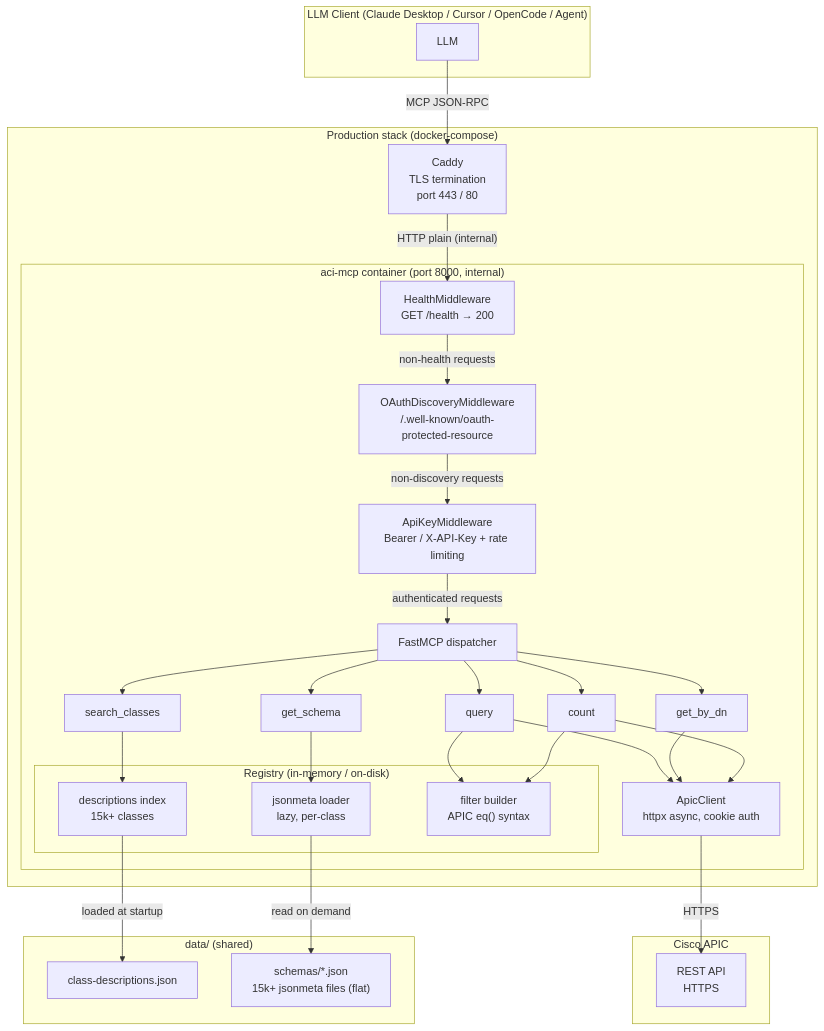
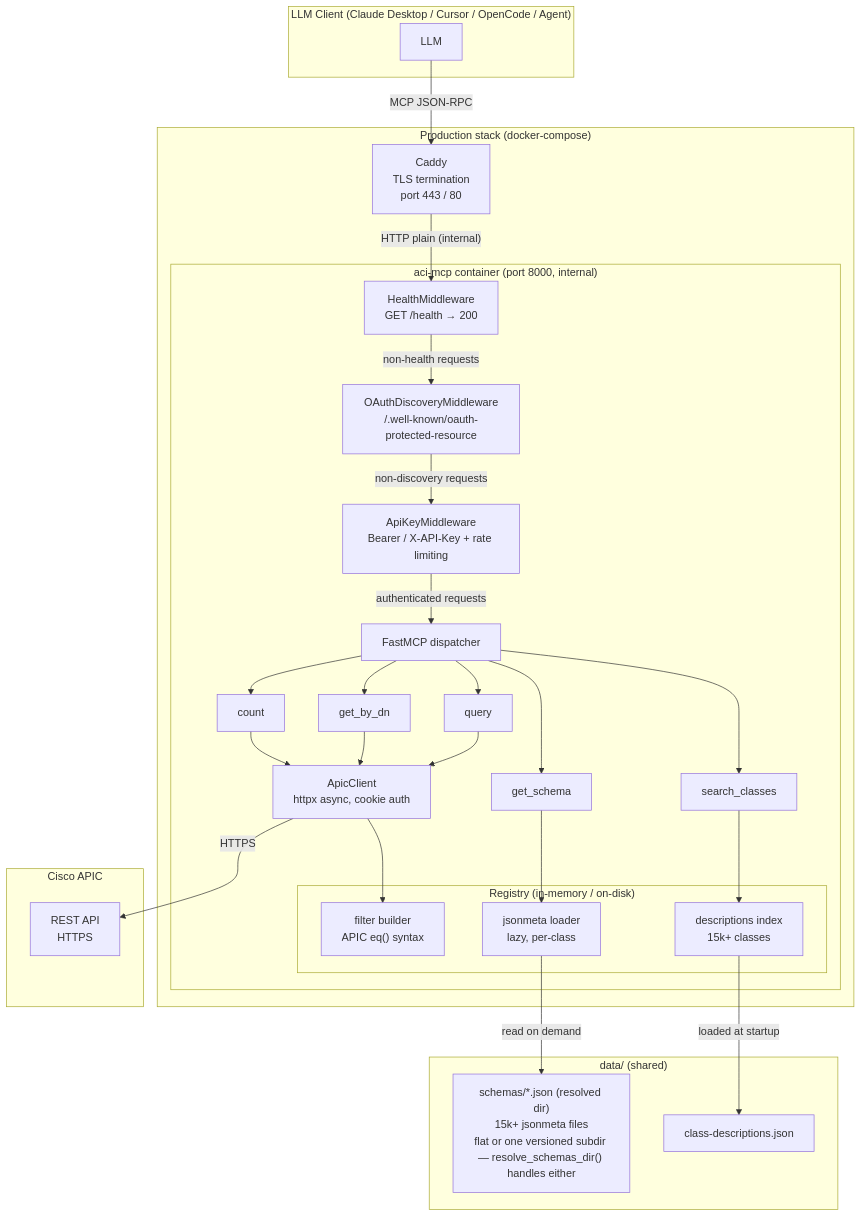
The second of 3 diagrams in docs/architecture/overview.md (k3l0-dev/aci-mcp), drawn with Mermaid before and after one commit. The commit also changed other lines of this file and 5 other files, not shown here.

First line of the commit message:
docs: fix broken dev-setup command and remaining architecture diagram errors

````diff
--- a/docs/architecture/overview.md
+++ b/docs/architecture/overview.md
@@ -36,57 +36,56 @@
 ```mermaid
 graph TB
     subgraph client["LLM Client (Claude Desktop / Cursor / OpenCode / Agent)"]
         llm["LLM"]
     end
 
     subgraph prod["Production stack (docker-compose)"]
         caddy["Caddy\nTLS termination\nport 443 / 80"]
         subgraph mcp_server["aci-mcp container (port 8000, internal)"]
             health["HealthMiddleware\nGET /health → 200"]
             oauth["OAuthDiscoveryMiddleware\n/.well-known/oauth-protected-resource"]
             auth["ApiKeyMiddleware\nBearer / X-API-Key + rate limiting"]
             fm["FastMCP dispatcher"]
             t1["search_classes"]
             t2["get_schema"]
             t3["query"]
             t4["get_by_dn"]
             t5["count"]
             subgraph registry["Registry (in-memory / on-disk)"]
                 desc["descriptions index\n15k+ classes"]
                 schema["jsonmeta loader\nlazy, per-class"]
                 filt["filter builder\nAPIC eq() syntax"]
             end
             apic_client["ApicClient\nhttpx async, cookie auth"]
         end
     end
 
     subgraph apic["Cisco APIC"]
         rest["REST API\nHTTPS"]
     end
 
     subgraph datastore["data/ (shared)"]
         json["class-descriptions.json"]
-        schemas_dir["schemas/*.json\n15k+ jsonmeta files (flat)"]
+        schemas_dir["schemas/*.json (resolved dir)\n15k+ jsonmeta files\nflat or one versioned subdir — resolve_schemas_dir() handles either"]
     end
 
     llm -->|"MCP JSON-RPC"| caddy
     caddy -->|"HTTP plain (internal)"| health
     health -->|"non-health requests"| oauth
     oauth -->|"non-discovery requests"| auth
     auth -->|"authenticated requests"| fm
     fm --> t1
     fm --> t2
     fm --> t3
     fm --> t4
     fm --> t5
     t1 --> desc
     t2 --> schema
-    t3 --> filt
     t3 --> apic_client
     t4 --> apic_client
-    t5 --> filt
     t5 --> apic_client
+    apic_client --> filt
     desc -->|"loaded at startup"| json
     schema -->|"read on demand"| schemas_dir
     apic_client -->|"HTTPS"| rest
 ```
````
